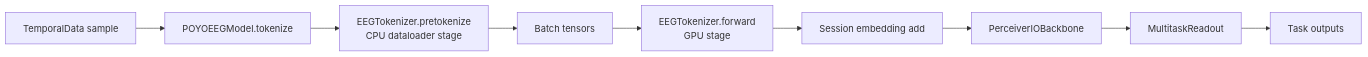
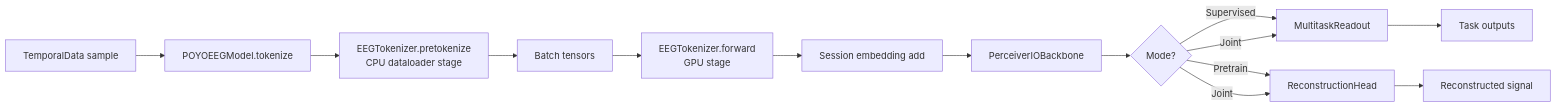
The diagram in foundry/models/README.md (ProjectNFM/Foundry), drawn with Mermaid before and after one commit. The commit also changed other lines of this file and 16 other files, not shown here.

````diff
--- a/foundry/models/README.md
+++ b/foundry/models/README.md
@@ -41,11 +45,15 @@
 ```mermaid
 flowchart LR
     A[TemporalData sample] --> B[POYOEEGModel.tokenize]
     B --> C[EEGTokenizer.pretokenize<br/>CPU dataloader stage]
     C --> D[Batch tensors]
     D --> E[EEGTokenizer.forward<br/>GPU stage]
     E --> F[Session embedding add]
     F --> G[PerceiverIOBackbone]
-    G --> H[MultitaskReadout]
-    H --> I[Task outputs]
+    G --> H{Mode?}
+    H -->|Supervised| I[MultitaskReadout]
+    H -->|Pretrain| J[ReconstructionHead]
+    H -->|Joint| I & J
+    I --> K[Task outputs]
+    J --> L[Reconstructed signal]
 ```
````
